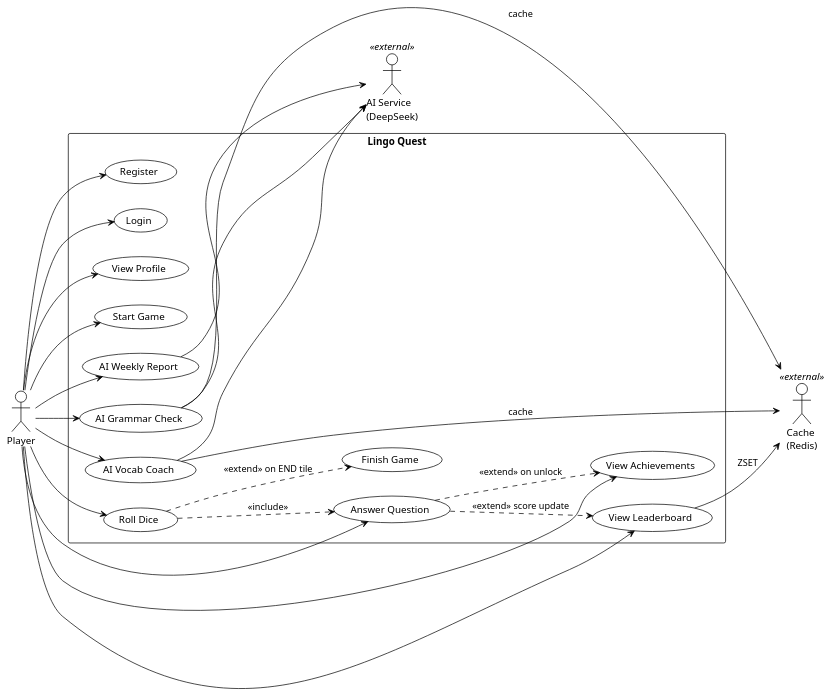
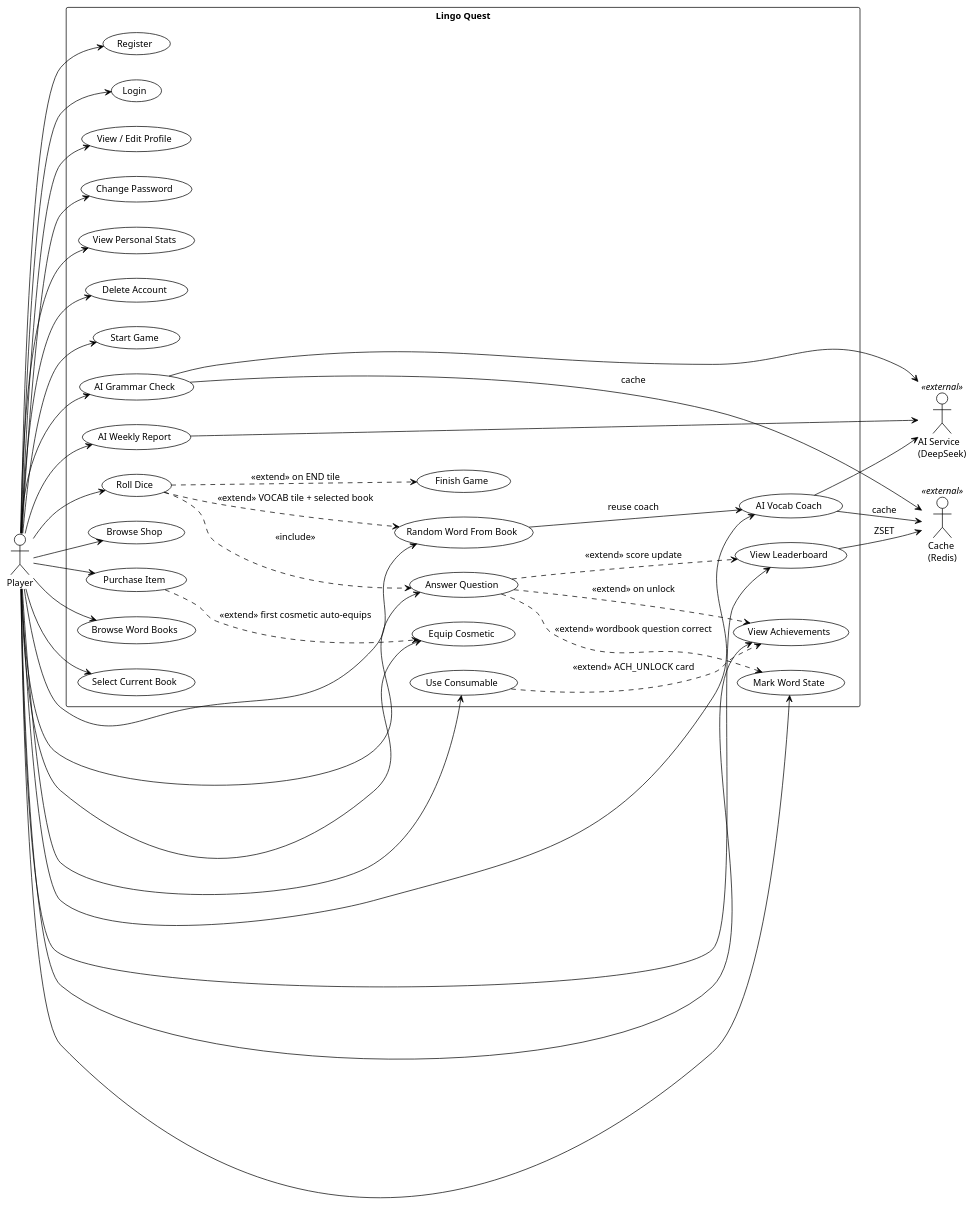
Before and after one commit to shanchuann/Lingo_Quest: the diagram in docs/uml/01_usecase.puml, drawn with PlantUML. The commit also changed 116 other files, not shown here.

Commit message:
docs:updata uml diagram

```diff
--- a/docs/uml/01_usecase.puml
+++ b/docs/uml/01_usecase.puml
@@ -1,52 +1,95 @@
 @startuml usecase
 !theme plain
+skinparam defaultFontName "Microsoft YaHei"
+skinparam defaultFontSize 13
 left to right direction
 skinparam packageStyle rectangle
 skinparam shadowing false
 
 actor "Player" as P
 actor "AI Service\n(DeepSeek)" as AI <<external>>
 actor "Cache\n(Redis)" as R <<external>>
 
 rectangle "Lingo Quest" {
+  ' --- Account ---
   usecase "Register" as UC_Reg
   usecase "Login" as UC_Login
-  usecase "View Profile" as UC_Profile
+  usecase "View / Edit Profile" as UC_Profile
+  usecase "Change Password" as UC_PW
+  usecase "View Personal Stats" as UC_Stats
+  usecase "Delete Account" as UC_Del
 
+  ' --- Core game ---
   usecase "Start Game" as UC_Start
   usecase "Roll Dice" as UC_Roll
   usecase "Answer Question" as UC_Answer
   usecase "Finish Game" as UC_Finish
 
+  ' --- AI tutor ---
   usecase "AI Grammar Check" as UC_Grammar
   usecase "AI Vocab Coach" as UC_Vocab
   usecase "AI Weekly Report" as UC_Report
 
+  ' --- Social ---
   usecase "View Leaderboard" as UC_Rank
   usecase "View Achievements" as UC_Ach
+
+  ' --- Shop (new) ---
+  usecase "Browse Shop" as UC_Shop
+  usecase "Purchase Item" as UC_Buy
+  usecase "Equip Cosmetic" as UC_Equip
+  usecase "Use Consumable" as UC_Use
+
+  ' --- Word book (new) ---
+  usecase "Browse Word Books" as UC_Books
+  usecase "Select Current Book" as UC_Pick
+  usecase "Mark Word State" as UC_Mark
+  usecase "Random Word From Book" as UC_Pull
 }
 
 P --> UC_Reg
 P --> UC_Login
 P --> UC_Profile
+P --> UC_PW
+P --> UC_Stats
+P --> UC_Del
+
 P --> UC_Start
 P --> UC_Roll
 P --> UC_Answer
 P --> UC_Grammar
 P --> UC_Vocab
 P --> UC_Report
 P --> UC_Rank
 P --> UC_Ach
 
+P --> UC_Shop
+P --> UC_Buy
+P --> UC_Equip
+P --> UC_Use
+
+P --> UC_Books
+P --> UC_Pick
+P --> UC_Mark
+P --> UC_Pull
+
+' --- Existing flow relations ---
 UC_Roll  ..> UC_Answer : <<include>>
 UC_Answer ..> UC_Ach   : <<extend>> on unlock
 UC_Answer ..> UC_Rank  : <<extend>> score update
 UC_Roll  ..> UC_Finish : <<extend>> on END tile
 
+' --- New flow relations ---
+UC_Buy   ..> UC_Equip  : <<extend>> first cosmetic auto-equips
+UC_Use   ..> UC_Ach    : <<extend>> ACH_UNLOCK card
+UC_Roll  ..> UC_Pull   : <<extend>> VOCAB tile + selected book
+UC_Answer ..> UC_Mark  : <<extend>> wordbook question correct
+
 UC_Grammar --> AI
 UC_Vocab   --> AI
 UC_Report  --> AI
+UC_Pull    --> UC_Vocab : reuse coach
 UC_Grammar --> R : cache
 UC_Vocab   --> R : cache
 UC_Rank    --> R : ZSET
 @enduml
```
